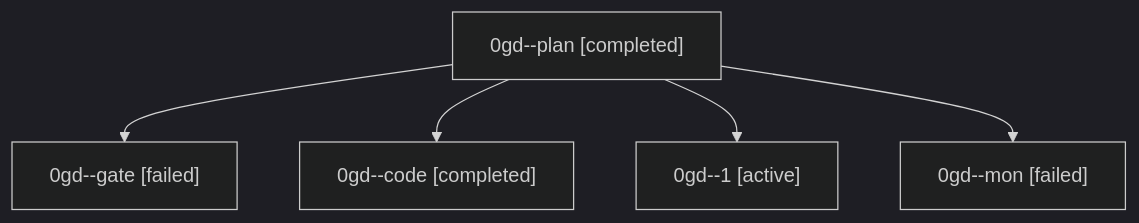
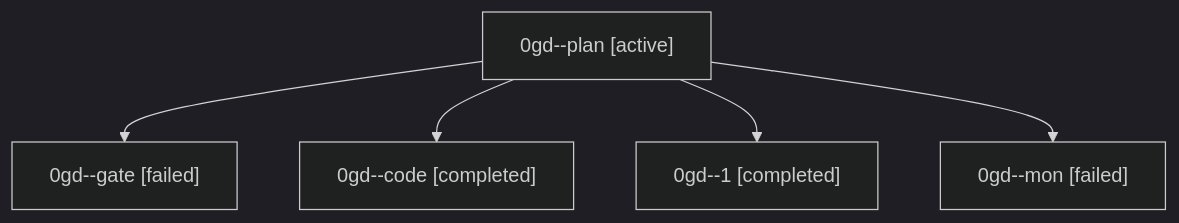
One commit to sase-org/sase--agents changed the diagram in families/bbugyi200.athena.0gd.md. Above: the diagram before and after it, drawn with Mermaid (dark theme). The commit also changed other lines of this file and 35830 other files, not shown here.

````diff
--- a/families/bbugyi200.athena.0gd.md
+++ b/families/bbugyi200.athena.0gd.md
@@ -9,12 +9,12 @@
 ```mermaid
 flowchart TD
-  n0["0gd--plan [completed]"]
+  n0["0gd--plan [active]"]
   n1["0gd--gate [failed]"]
   n0 --> n1
   n2["0gd--code [completed]"]
   n0 --> n2
-  n3["0gd--1 [active]"]
+  n3["0gd--1 [completed]"]
   n0 --> n3
   n4["0gd--mon [failed]"]
   n0 --> n4
 ```
````
